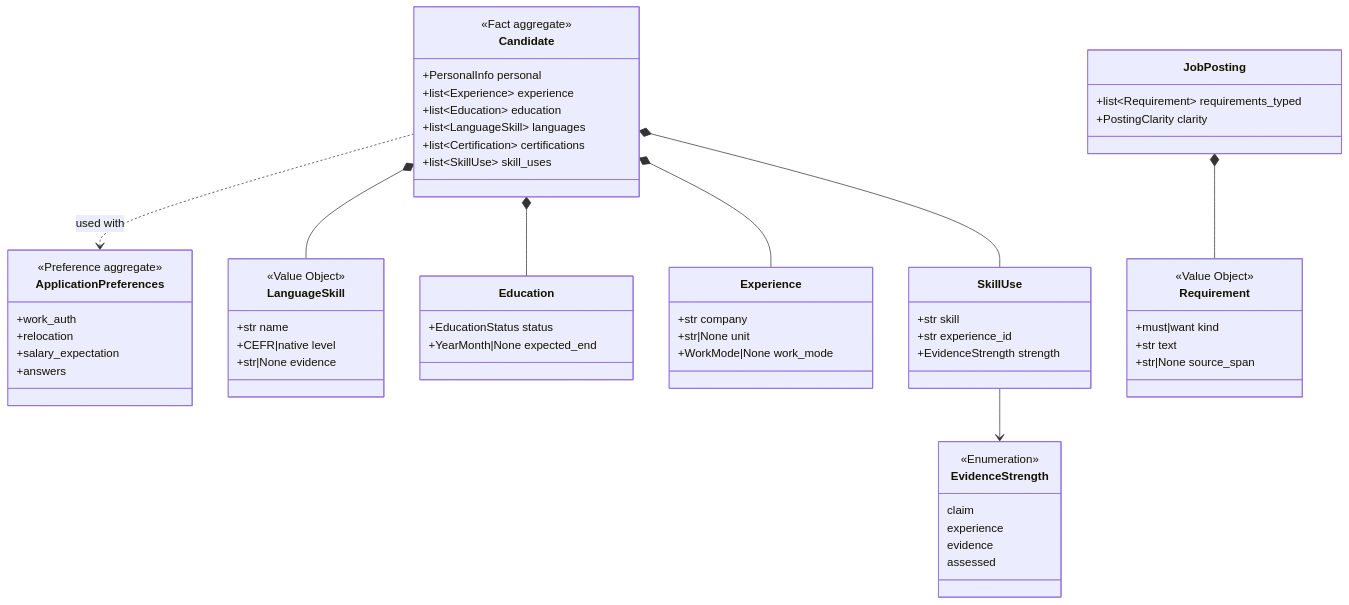
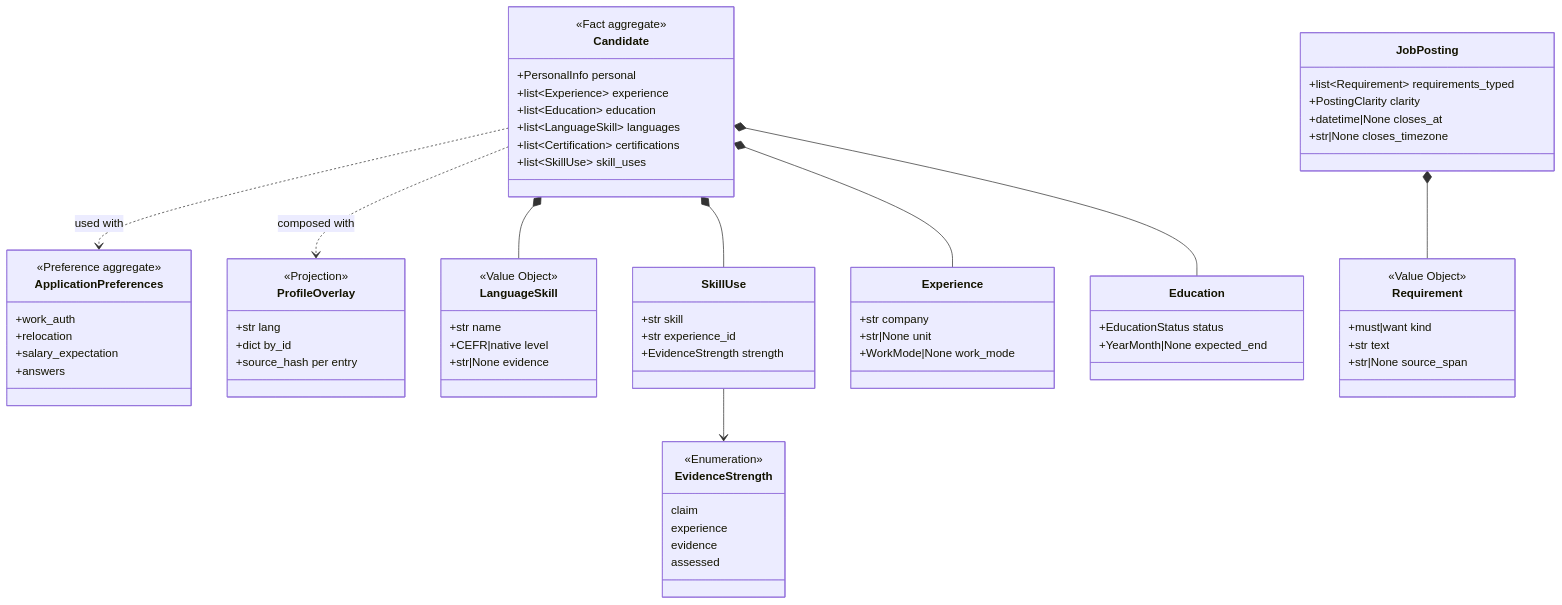
The second of 6 diagrams in docs/uml.md (ljofreflor/jobbot), drawn with Mermaid before and after one commit. The commit also changed 5 other files, not shown here.

Commit message:
docs(sdd): map #400 #414 #382 #219; UML overlay + closes_at

````diff
--- a/docs/uml.md
+++ b/docs/uml.md
@@ -91,64 +91,73 @@
 ```mermaid
 classDiagram
   direction TB
   class Candidate {
     <<Fact aggregate>>
     +PersonalInfo personal
     +list~Experience~ experience
     +list~Education~ education
     +list~LanguageSkill~ languages
     +list~Certification~ certifications
     +list~SkillUse~ skill_uses
   }
   class ApplicationPreferences {
     <<Preference aggregate>>
     +work_auth
     +relocation
     +salary_expectation
     +answers
   }
   class LanguageSkill {
     <<Value Object>>
     +str name
     +CEFR|native level
     +str|None evidence
   }
   class Education {
     +EducationStatus status
     +YearMonth|None expected_end
   }
   class Experience {
     +str company
     +str|None unit
     +WorkMode|None work_mode
   }
   class SkillUse {
     +str skill
     +str experience_id
     +EvidenceStrength strength
   }
   class EvidenceStrength {
     <<Enumeration>>
     claim
     experience
     evidence
     assessed
   }
   class Requirement {
     <<Value Object>>
     +must|want kind
     +str text
     +str|None source_span
   }
   class JobPosting {
     +list~Requirement~ requirements_typed
     +PostingClarity clarity
+    +datetime|None closes_at
+    +str|None closes_timezone
+  }
+  class ProfileOverlay {
+    <<Projection>>
+    +str lang
+    +dict by_id
+    +source_hash per entry
   }
   Candidate ..> ApplicationPreferences : used with
+  Candidate ..> ProfileOverlay : composed with
   Candidate *-- LanguageSkill
   Candidate *-- SkillUse
   Candidate *-- Experience
   Candidate *-- Education
   JobPosting *-- Requirement
   SkillUse --> EvidenceStrength
 ```
````
